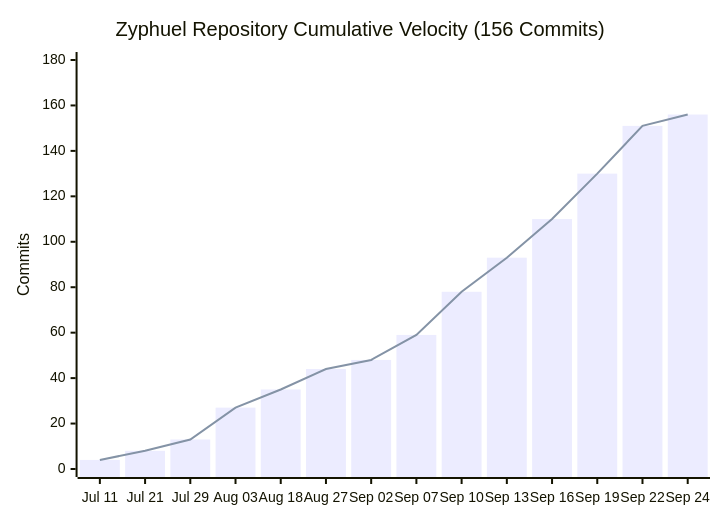
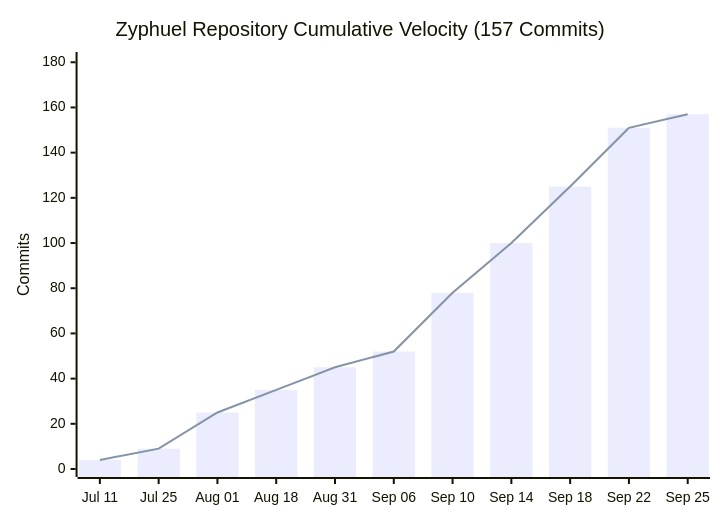
The diagram in README.md (daniyal44/Zyphuel), drawn with Mermaid before and after one commit. The commit also changed other lines of this file and 44 other files, not shown here.

````diff
--- a/README.md
+++ b/README.md
@@ -155,8 +155,8 @@
 ```mermaid
 xychart-beta
-    title "Zyphuel Repository Cumulative Velocity (156 Commits)"
-    x-axis ["Jul 11", "Jul 21", "Jul 29", "Aug 03", "Aug 18", "Aug 27", "Sep 02", "Sep 07", "Sep 10", "Sep 13", "Sep 16", "Sep 19", "Sep 22", "Sep 24"]
-    y-axis "Commits" 0 --> 180
-    bar [4, 8, 13, 27, 35, 44, 48, 59, 78, 93, 110, 130, 151, 156]
-    line [4, 8, 13, 27, 35, 44, 48, 59, 78, 93, 110, 130, 151, 156]
+    title "Zyphuel Repository Cumulative Velocity (157 Commits)"
+    x-axis ["Jul 11", "Jul 25", "Aug 01", "Aug 18", "Aug 31", "Sep 06", "Sep 10", "Sep 14", "Sep 18", "Sep 22", "Sep 25"]
+    y-axis "Commits" 0 --> 181
+    bar [4, 9, 25, 35, 45, 52, 78, 100, 125, 151, 157]
+    line [4, 9, 25, 35, 45, 52, 78, 100, 125, 151, 157]
 ```
````
